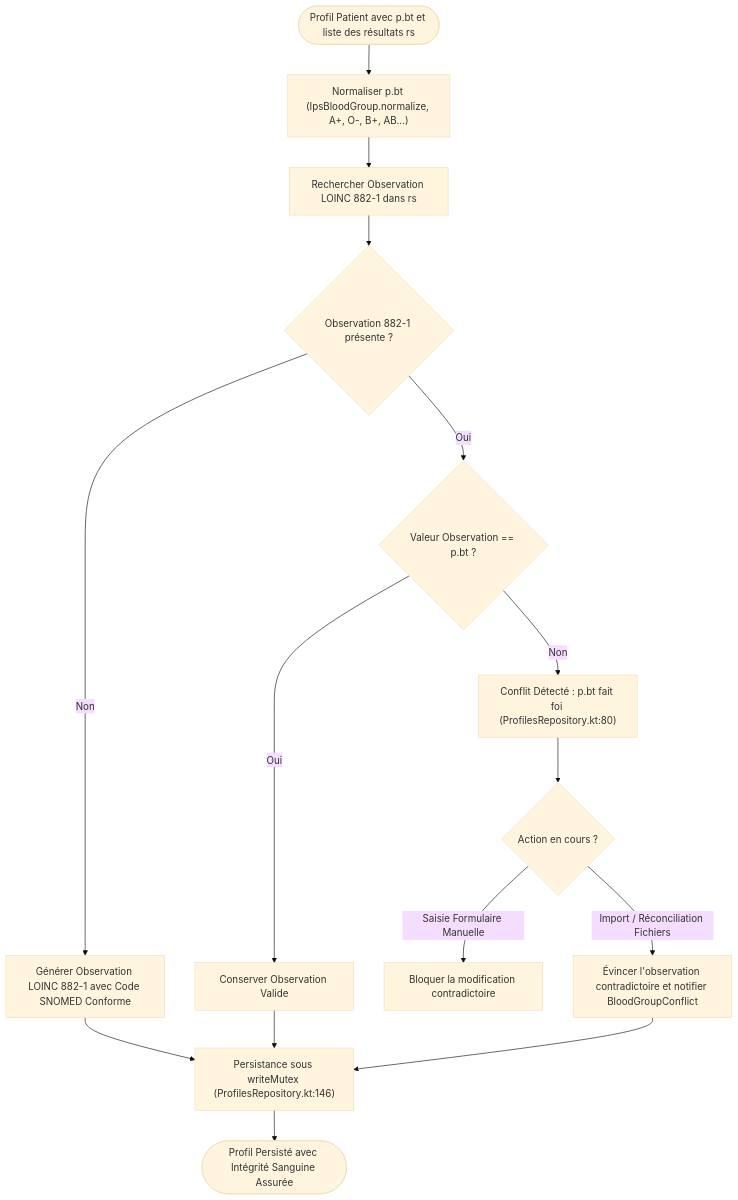
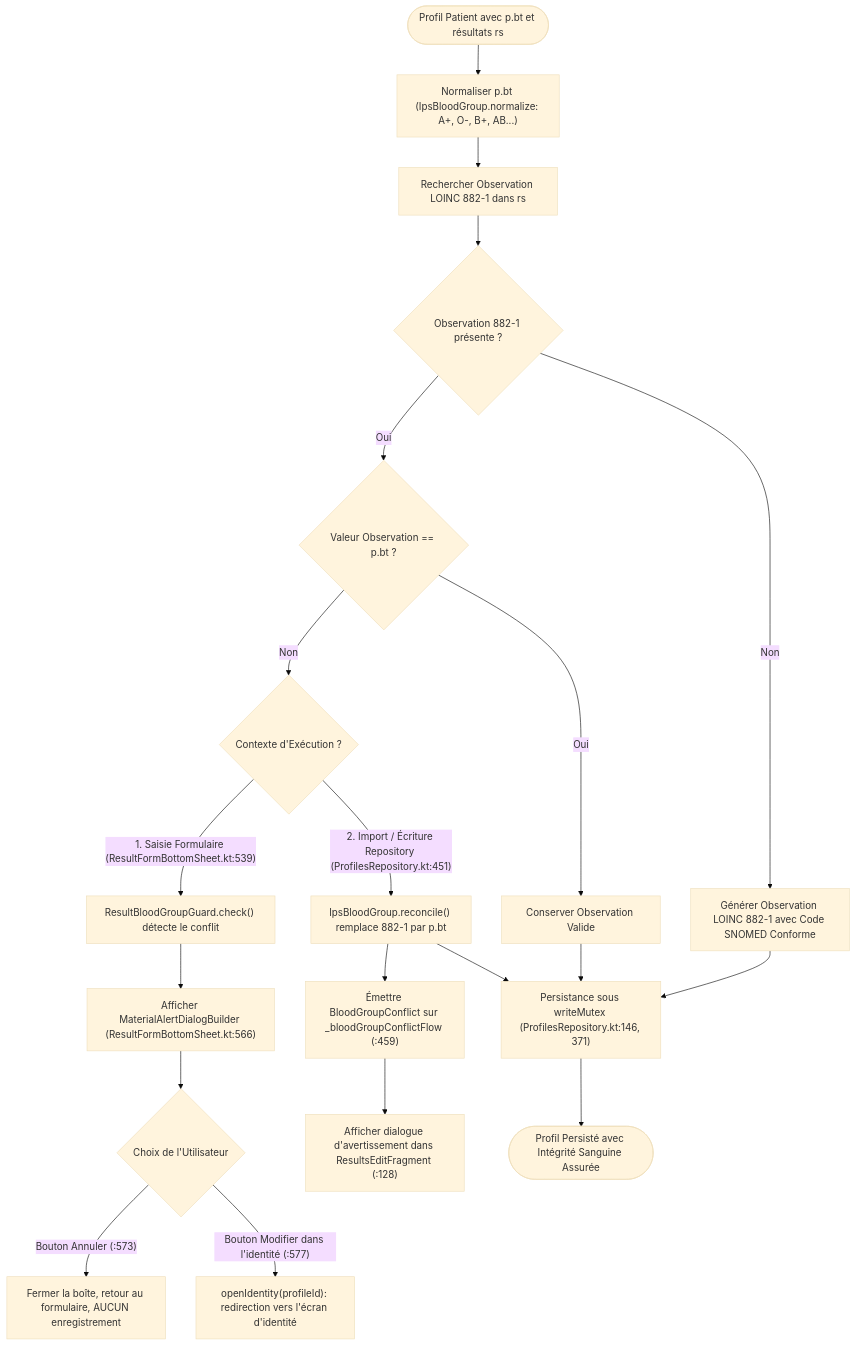
One commit to kurodohenroonsen/JemmaPass changed diagram 21 of 21 in docs/DOCUMENTATION_UML_FONCTIONNELLE.md. Above: the diagram before and after it, drawn with Mermaid (base theme). The commit also changed other lines of this file and 1 other file, not shown here.

````diff
--- a/docs/DOCUMENTATION_UML_FONCTIONNELLE.md
+++ b/docs/DOCUMENTATION_UML_FONCTIONNELLE.md
@@ -908,21 +934,27 @@
 ```mermaid
 flowchart TD
-    Start(["Profil Patient avec p.bt et liste des résultats rs"]) --> NormBT["Normaliser p.bt (IpsBloodGroup.normalize, A+, O-, B+, AB...)"]
+    Start(["Profil Patient avec p.bt et résultats rs"]) --> NormBT["Normaliser p.bt (IpsBloodGroup.normalize: A+, O-, B+, AB...)"]
     NormBT --> ScanObs["Rechercher Observation LOINC 882-1 dans rs"]
     
     ScanObs --> ObsPresent{"Observation 882-1 présente ?"}
     ObsPresent -- Non --> GenerateObs["Générer Observation LOINC 882-1 avec Code SNOMED Conforme"]
     
     ObsPresent -- Oui --> Compare{"Valeur Observation == p.bt ?"}
     Compare -- Oui --> Consistent["Conserver Observation Valide"]
-    Compare -- Non --> ConflictDetected["Conflit Détecté : p.bt fait foi (ProfilesRepository.kt:80)"]
+    Compare -- Non --> ConflictBranch{"Contexte d'Exécution ?"}
     
-    ConflictDetected --> IsManualEdit{"Action en cours ?"}
-    IsManualEdit -- "Saisie Formulaire Manuelle" --> RejectEdit["Bloquer la modification contradictoire"]
-    IsManualEdit -- "Import / Réconciliation Fichiers" --> DropContradictory["Évincer l'observation contradictoire et notifier BloodGroupConflict"]
+    ConflictBranch -- "1. Saisie Formulaire (ResultFormBottomSheet.kt:539)" --> GuardCheck["ResultBloodGroupGuard.check() détecte le conflit"]
+    GuardCheck --> ShowDialog["Afficher MaterialAlertDialogBuilder (ResultFormBottomSheet.kt:566)"]
+    ShowDialog --> DialogOptions{"Choix de l'Utilisateur"}
+    DialogOptions -- "Bouton Annuler (:573)" --> AbortForm["Fermer la boîte, retour au formulaire, AUCUN enregistrement"]
+    DialogOptions -- "Bouton Modifier dans l'identité (:577)" --> OpenIdent["openIdentity(profileId): redirection vers l'écran d'identité"]
     
-    GenerateObs --> SaveProfile["Persistance sous writeMutex (ProfilesRepository.kt:146)"]
+    ConflictBranch -- "2. Import / Écriture Repository (ProfilesRepository.kt:451)" --> Reconcile["IpsBloodGroup.reconcile() remplace 882-1 par p.bt"]
+    Reconcile --> EmitConflict["Émettre BloodGroupConflict sur _bloodGroupConflictFlow (:459)"]
+    EmitConflict --> ShowBanner["Afficher dialogue d'avertissement dans ResultsEditFragment (:128)"]
+    
+    GenerateObs --> SaveProfile["Persistance sous writeMutex (ProfilesRepository.kt:146, 371)"]
     Consistent --> SaveProfile
-    DropContradictory --> SaveProfile
+    Reconcile --> SaveProfile
     SaveProfile --> Finish(["Profil Persisté avec Intégrité Sanguine Assurée"])
 ```
````
